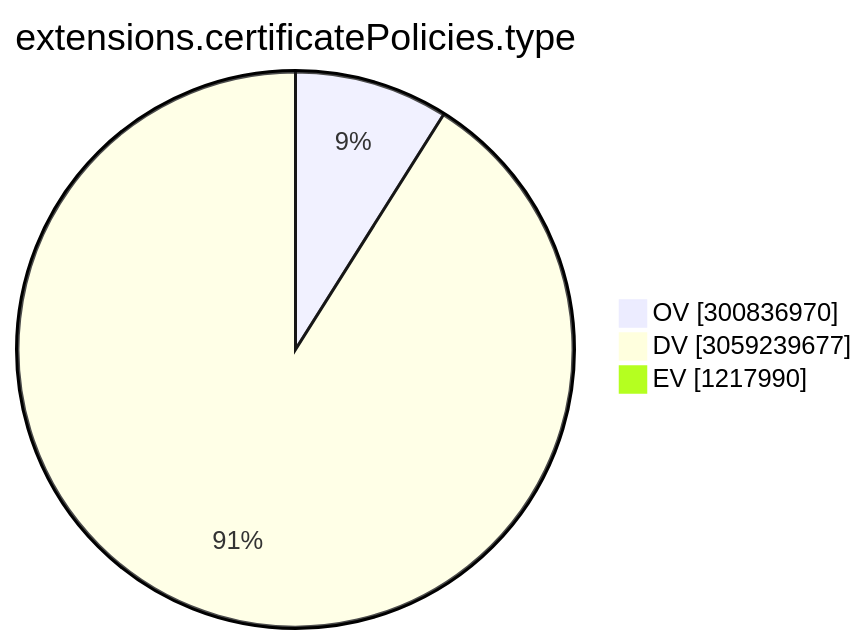
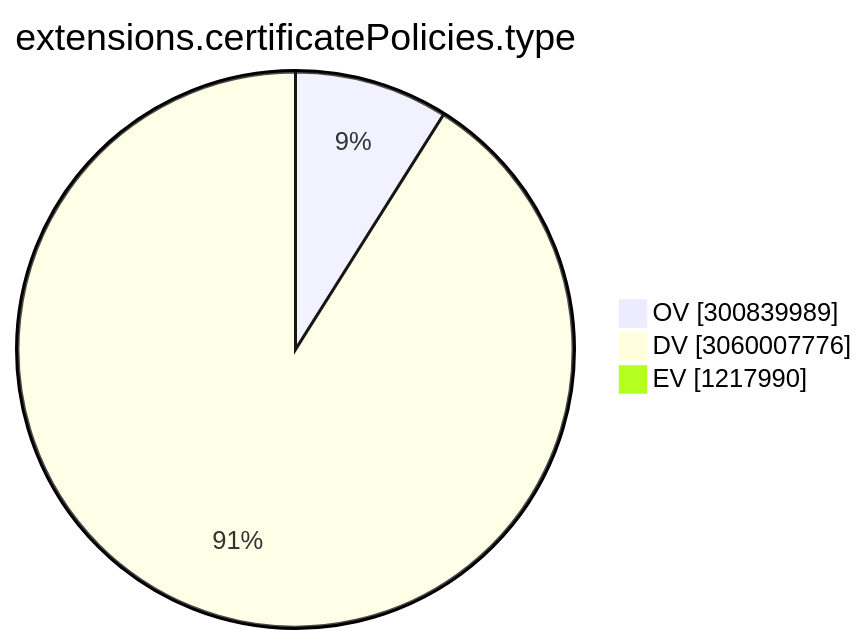
The ninth of 15 diagrams in TOTAL/README.md (christiankrug/ctmonitor_visualization), drawn with Mermaid before and after one commit. The commit also changed other lines of this file, not shown here.

````diff
--- a/TOTAL/README.md
+++ b/TOTAL/README.md
@@ -3102,7 +3102,7 @@
 ```mermaid
 pie showData
 title extensions.certificatePolicies.type
-"OV" :300836970
-"DV" :3059239677
+"OV" :300839989
+"DV" :3060007776
 "EV" :1217990
 ```
````
